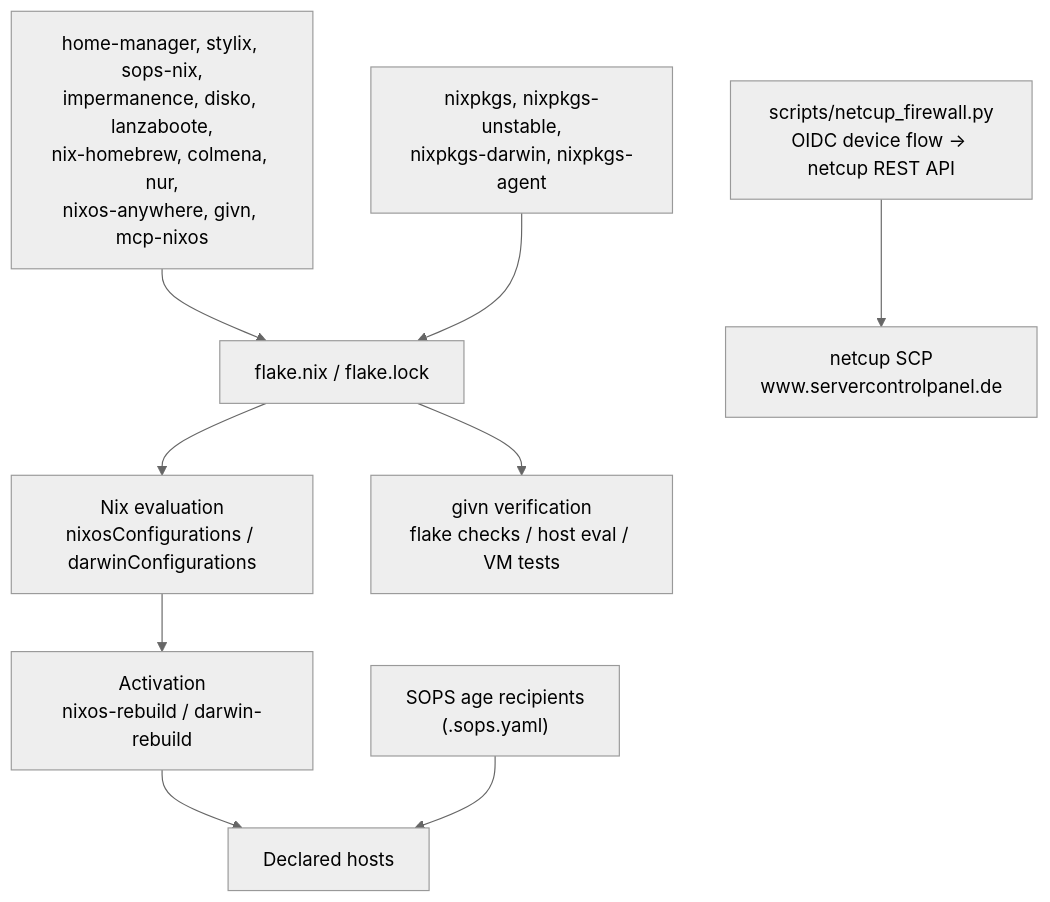
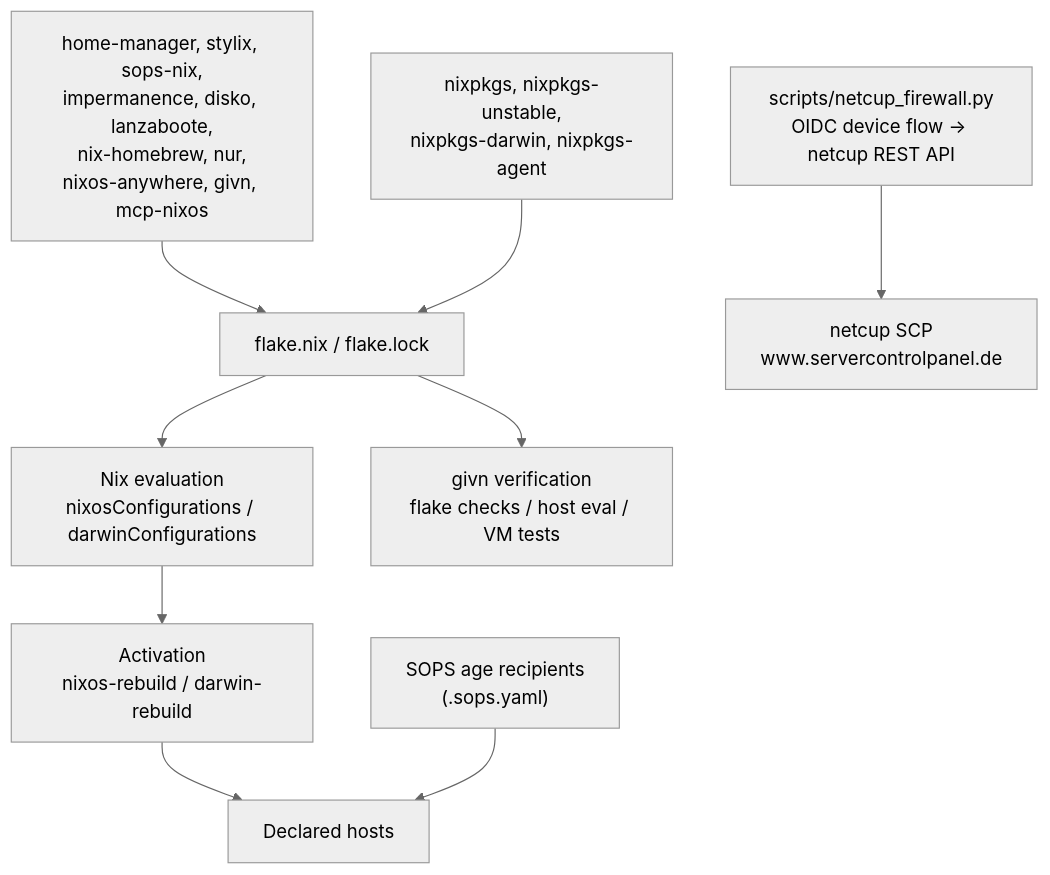
Before and after one commit to kressnerd/nix-config: the second of 2 diagrams in docs/arc42/03-context-and-scope.md, drawn with Mermaid (neutral theme). The commit also changed other lines of this file and 7 other files, not shown here.

````diff
--- a/docs/arc42/03-context-and-scope.md
+++ b/docs/arc42/03-context-and-scope.md
@@ -56,21 +56,21 @@
 ```mermaid
 flowchart TB
   flake["flake.nix / flake.lock"]
   nixpkgs["nixpkgs, nixpkgs-unstable,<br/>nixpkgs-darwin, nixpkgs-agent"]
-  addons["home-manager, stylix, sops-nix,<br/>impermanence, disko, lanzaboote,<br/>nix-homebrew, colmena, nur,<br/>nixos-anywhere, givn, mcp-nixos"]
+  addons["home-manager, stylix, sops-nix,<br/>impermanence, disko, lanzaboote,<br/>nix-homebrew, nur,<br/>nixos-anywhere, givn, mcp-nixos"]
   eval["Nix evaluation<br/>nixosConfigurations / darwinConfigurations"]
   deploy["Activation<br/>nixos-rebuild / darwin-rebuild"]
   hosts["Declared hosts"]
   sopsage["SOPS age recipients<br/>(.sops.yaml)"]
   pycli["scripts/netcup_firewall.py<br/>OIDC device flow → netcup REST API"]
   nixv["givn verification<br/>flake checks / host eval / VM tests"]
 
   addons --> flake
   nixpkgs --> flake
   flake --> eval
   eval --> deploy
   deploy --> hosts
   sopsage --> hosts
   pycli --> netcupapi["netcup SCP<br/>www.servercontrolpanel.de"]
   flake --> nixv
 ```
````
